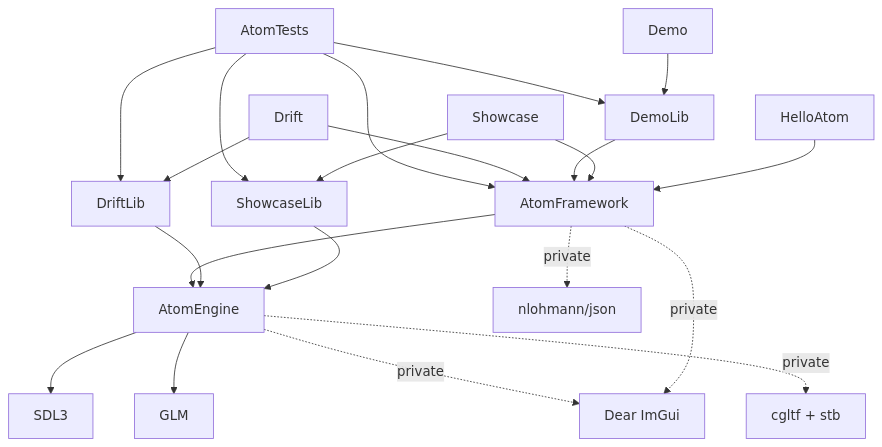
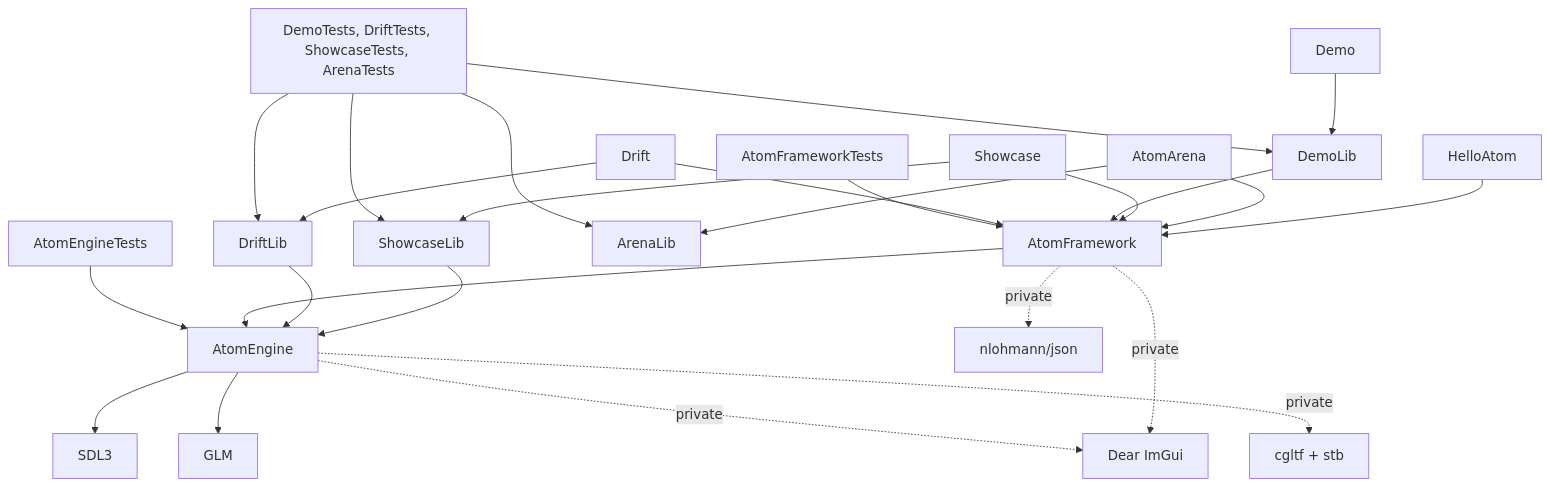
The first of 6 diagrams in docs/Architecture.md (fgdoliveira/AtomEngine), drawn with Mermaid before and after one commit. The commit also changed other lines of this file and 294 other files, not shown here.

````diff
--- a/docs/Architecture.md
+++ b/docs/Architecture.md
@@ -22,20 +41,24 @@
 ```mermaid
 graph TD
     Showcase[Showcase] --> ShowcaseLib
     Demo[Demo] --> DemoLib
     Drift[Drift] --> DriftLib
     Hello[HelloAtom] --> Framework
+    Arena[AtomArena] --> ArenaLib
+    Arena --> Framework
     Showcase --> Framework
     DemoLib --> Framework
     Drift --> Framework
     ShowcaseLib --> Engine
     DriftLib --> Engine
     Framework[AtomFramework] --> Engine[AtomEngine]
-    Tests[AtomTests] --> DemoLib & DriftLib & ShowcaseLib & Framework
+    EngineTests[AtomEngineTests] --> Engine
+    FrameworkTests[AtomFrameworkTests] --> Framework
+    AppTests["DemoTests, DriftTests, ShowcaseTests, ArenaTests"] --> DemoLib & DriftLib & ShowcaseLib & ArenaLib
     Framework -.->|private| JSON[nlohmann/json]
     Framework -.->|private| ImGui[Dear ImGui]
     Engine --> SDL[SDL3]
     Engine --> GLM
     Engine -.->|private| ImGui
     Engine -.->|private| CGLTF[cgltf + stb]
 ```
````
